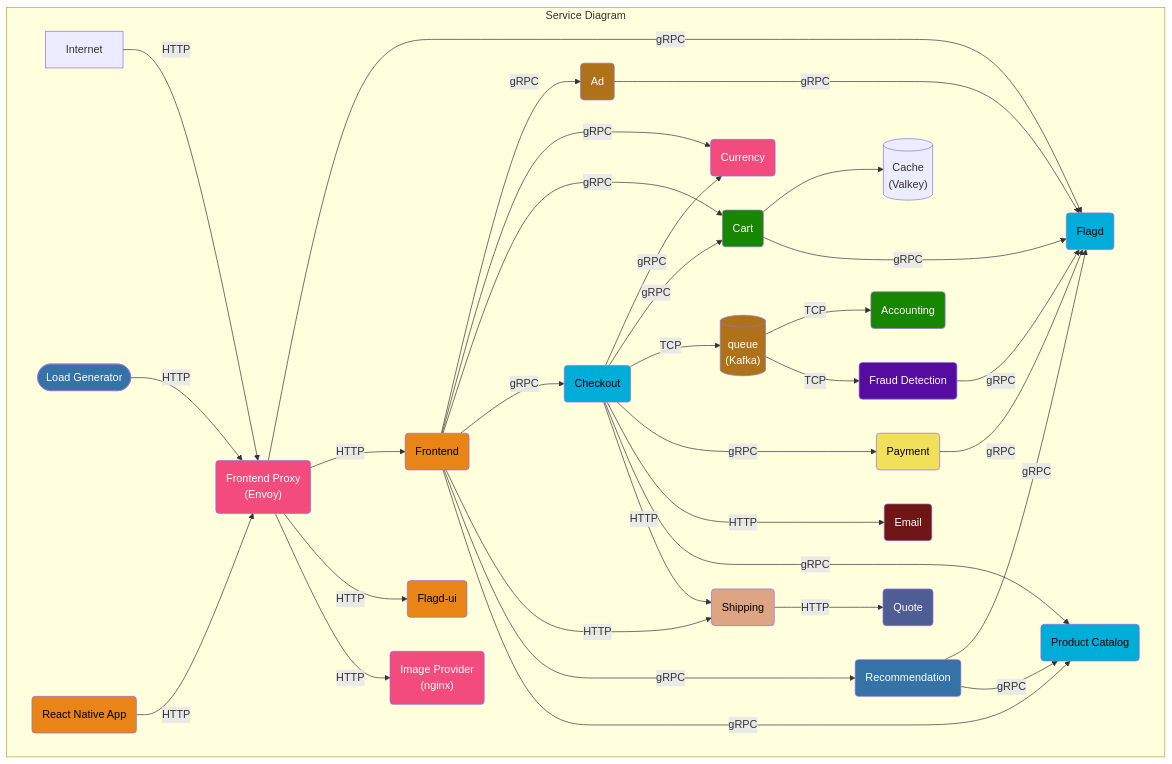
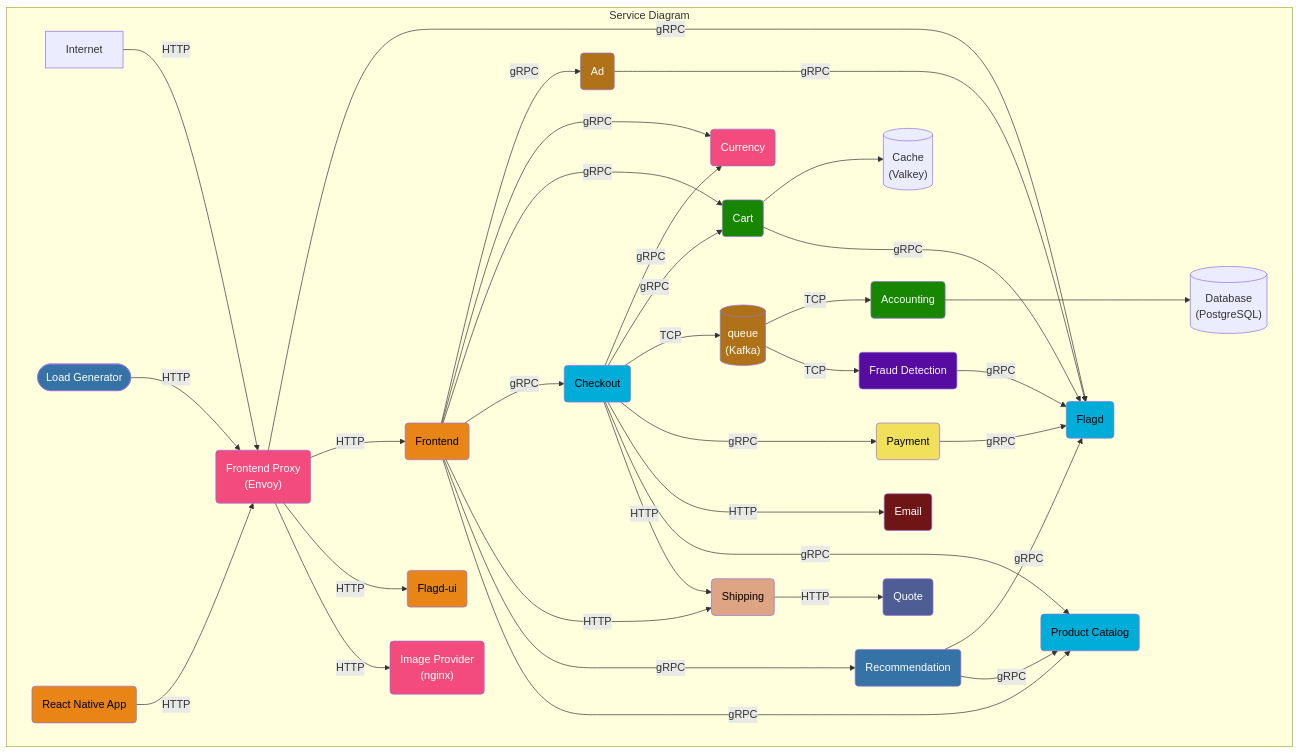
One commit to open-telemetry/opentelemetry.io changed the first of 3 diagrams in content/en/docs/demo/architecture.md. Above: the diagram before and after it, drawn with Mermaid. The commit also changed 1 other file, not shown here.

Commit message:
Update Accounting service docs and architecture diagram to include Accounting-to-PostgreSQL flow

```diff
--- a/content/en/docs/demo/architecture.md
+++ b/content/en/docs/demo/architecture.md
@@ -33,6 +33,9 @@
 shipping(Shipping):::rust
 queue[(queue<br/>&#40Kafka&#41)]:::java
 react-native-app(React Native App):::typescript
+postgresql[(Database<br/>&#40PostgreSQL&#41)]
+
+accounting ---> postgresql
 
 ad ---->|gRPC| flagd
 
```
